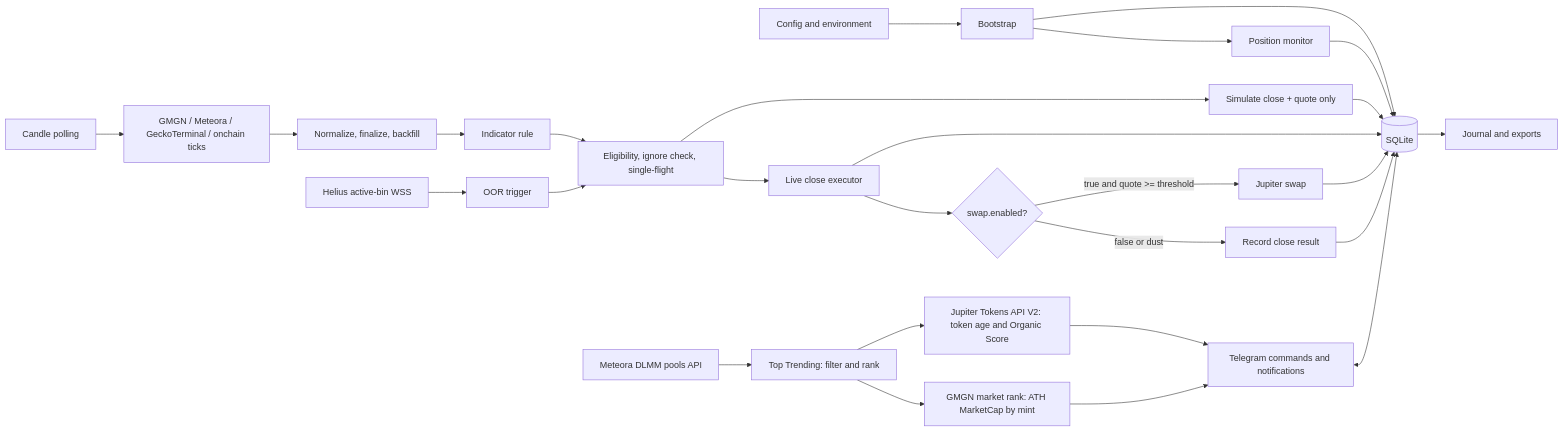
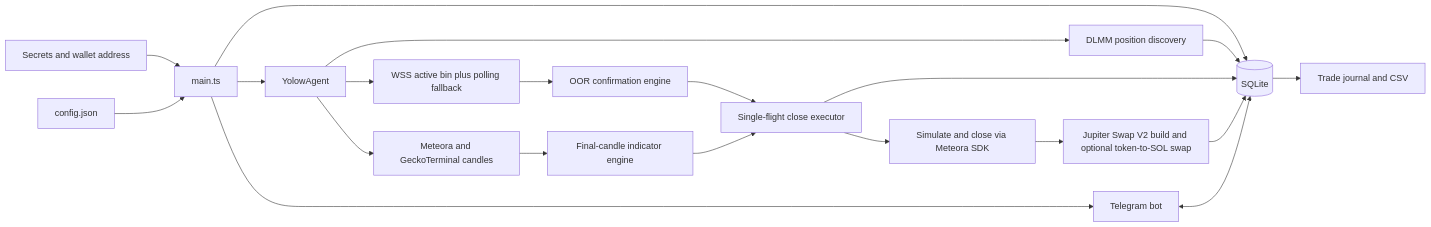
One commit to Juanneilp/yolow changed the diagram in ARCHITECTURE.md. Above: the diagram before and after it, drawn with Mermaid. The commit also changed other lines of this file and 32 other files, not shown here.

Commit message:
Implement Yolow agent and Telegram configuration

````diff
--- a/ARCHITECTURE.md
+++ b/ARCHITECTURE.md
@@ -65,29 +7,22 @@
 ```mermaid
 flowchart LR
-  CFG[Config and environment] --> APP[Bootstrap]
-  APP --> DB[(SQLite)]
-  APP --> POS[Position monitor]
+  ENV[Secrets and wallet address] --> MAIN[main.ts]
+  CFG[config.json] --> MAIN
+  MAIN --> DB[(SQLite)]
+  MAIN --> AGENT[YolowAgent]
+  MAIN --> TG[Telegram bot]
+  AGENT --> POS[DLMM position discovery]
   POS --> DB
-  WSS[Helius active-bin WSS] --> OOR[OOR trigger]
-  MPOOLS[Meteora DLMM pools API] --> TREND[Top Trending: filter and rank]
-  TREND --> JTOKENS[Jupiter Tokens API V2: token age and Organic Score]
-  TREND --> GMGN[GMGN market rank: ATH MarketCap by mint]
-  JTOKENS --> TG
-  GMGN --> TG
-  POLL[Candle polling] --> PROVIDER[GMGN / Meteora / GeckoTerminal / onchain ticks]
-  PROVIDER --> NORMALIZE[Normalize, finalize, backfill]
-  NORMALIZE --> IND[Indicator rule]
-  IND --> GATE[Eligibility, ignore check, single-flight]
-  OOR --> GATE
-  GATE --> DRY[Simulate close + quote only]
-  GATE --> LIVE[Live close executor]
-  LIVE --> SWAP{swap.enabled?}
-  SWAP -->|true and quote >= threshold| JUP[Jupiter swap]
-  SWAP -->|false or dust| DONE[Record close result]
-  DRY --> DB
-  LIVE --> DB
-  JUP --> DB
-  DONE --> DB
-  DB --> JOURNAL[Journal and exports]
-  TG[Telegram commands and notifications] <--> DB
+  AGENT --> BIN[WSS active bin plus polling fallback]
+  BIN --> OOR[OOR confirmation engine]
+  AGENT --> CANDLE[Meteora and GeckoTerminal candles]
+  CANDLE --> IND[Final-candle indicator engine]
+  OOR --> EXEC[Single-flight close executor]
+  IND --> EXEC
+  EXEC --> DLMM[Simulate and close via Meteora SDK]
+  DLMM --> SWAP[Jupiter Swap V2 build and optional token-to-SOL swap]
+  EXEC --> DB
+  SWAP --> DB
+  TG <--> DB
+  DB --> JOURNAL[Trade journal and CSV]
 ```
````
